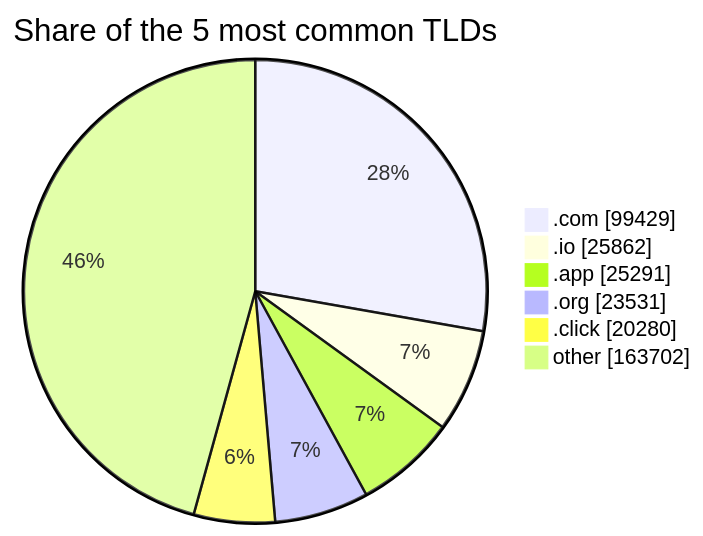
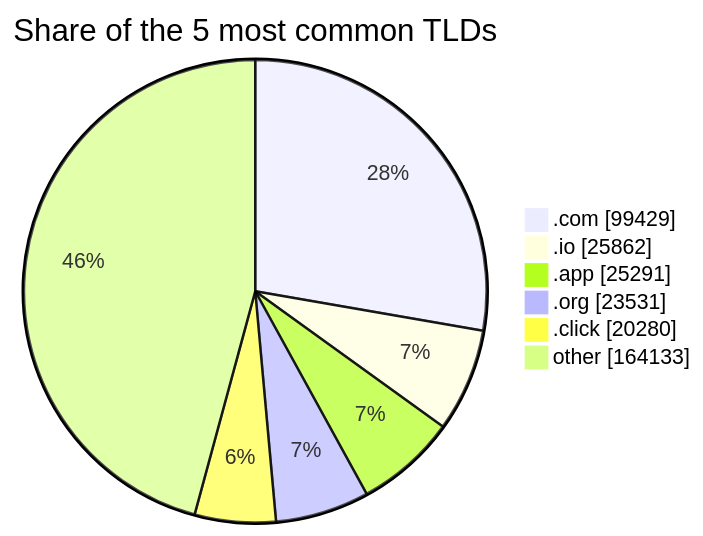
The third of 3 diagrams in README.md (DNSBunker/CTI), drawn with Mermaid before and after one commit. The commit also changed other lines of this file and 3 other files, not shown here.

````diff
--- a/README.md
+++ b/README.md
@@ -81,9 +81,9 @@
 ```mermaid
 pie showData title Share of the 5 most common TLDs
     ".com" : 99429
     ".io" : 25862
     ".app" : 25291
     ".org" : 23531
     ".click" : 20280
-    "other" : 163702
+    "other" : 164133
 ```
````
